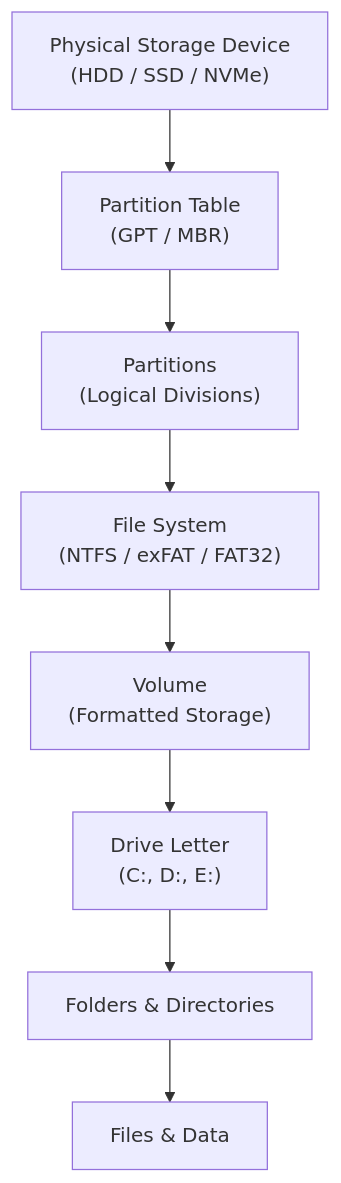
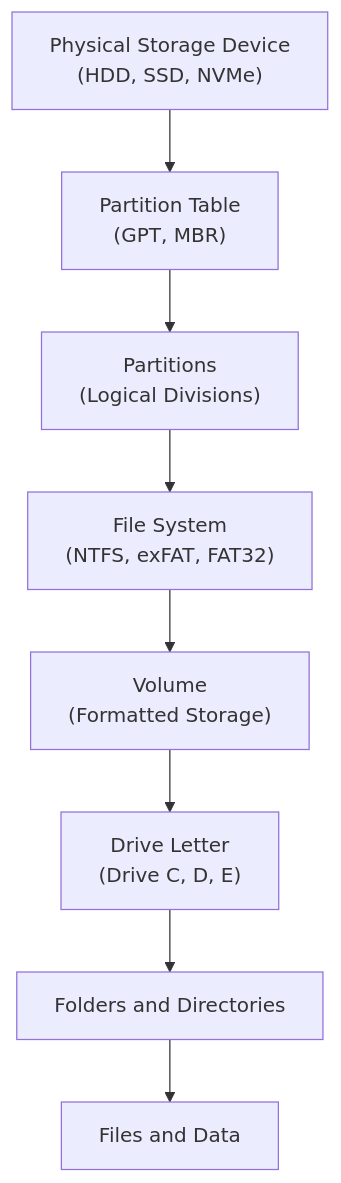
One commit to Kashif-Mashi/Blue-Team-Handbook changed the first of 10 diagrams in Windows/Fundamentals/Chapter 03 — Windows File System & File Explorer.md. Above: the diagram before and after it, drawn with Mermaid. The commit also changed other lines of this file and 1 other file, not shown here.

````diff
--- a/Windows/Fundamentals/Chapter 03 — Windows File System & File Explorer.md
+++ b/Windows/Fundamentals/Chapter 03 — Windows File System & File Explorer.md
@@ -38,10 +38,10 @@
 ```mermaid
 flowchart TD
-    Disk["Physical Storage Device<br/>(HDD / SSD / NVMe)"] --> PartitionTable["Partition Table<br/>(GPT / MBR)"]
-    PartitionTable --> Partitions["Partitions<br/>(Logical Divisions)"]
-    Partitions --> FileSystem["File System<br/>(NTFS / exFAT / FAT32)"]
-    FileSystem --> Volume["Volume<br/>(Formatted Storage)"]
-    Volume --> DriveLetter["Drive Letter<br/>(C:, D:, E:)"]
-    DriveLetter --> Folders["Folders & Directories"]
-    Folders --> Files["Files & Data"]
+    Disk["Physical Storage Device<br>(HDD, SSD, NVMe)"] --> PartitionTable["Partition Table<br>(GPT, MBR)"]
+    PartitionTable --> Partitions["Partitions<br>(Logical Divisions)"]
+    Partitions --> FileSystem["File System<br>(NTFS, exFAT, FAT32)"]
+    FileSystem --> Volume["Volume<br>(Formatted Storage)"]
+    Volume --> DriveLetter["Drive Letter<br>(Drive C, D, E)"]
+    DriveLetter --> Folders["Folders and Directories"]
+    Folders --> Files["Files and Data"]
 ```
````
